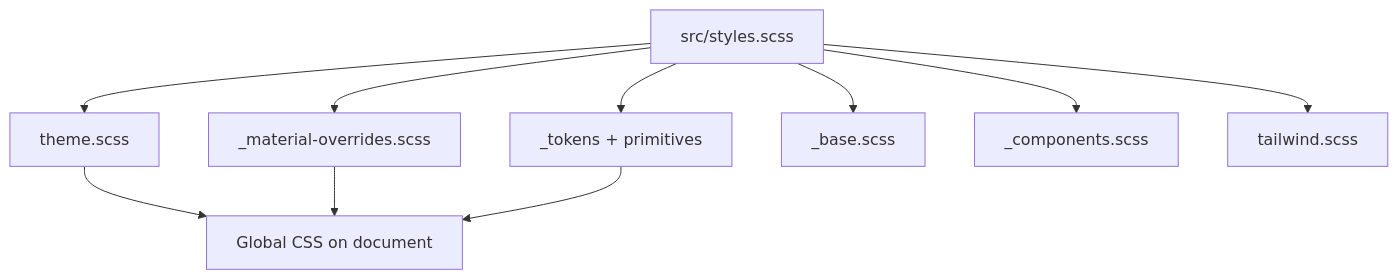
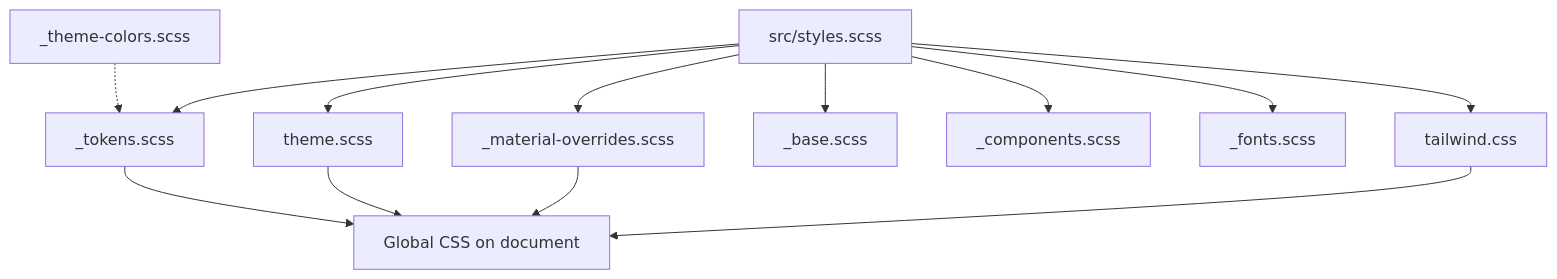
The diagram in frontend/docs/review/architecture/04-styles-and-material.md (gyenesmate/Learn2Trade), drawn with Mermaid before and after one commit. The commit also changed other lines of this file and 8 other files, not shown here.

````diff
--- a/frontend/docs/review/architecture/04-styles-and-material.md
+++ b/frontend/docs/review/architecture/04-styles-and-material.md
@@ -37,20 +39,25 @@
 ```mermaid
 flowchart TB
   SCSS[src/styles.scss]
-  T[_tokens + primitives]
+  TC[_theme-colors.scss]
+  T[_tokens.scss]
   TH[theme.scss]
   MO[_material-overrides.scss]
   B[_base.scss]
+  F[_fonts.scss]
   C[_components.scss]
-  TW[tailwind.scss]
+  TW[tailwind.css]
 
+  TC -.-> T
   SCSS --> T
   SCSS --> TH
   SCSS --> MO
   SCSS --> B
   SCSS --> C
+  SCSS --> F
   SCSS --> TW
   TH --> App[Global CSS on document]
   MO --> App
   T --> App
+  TW --> App
 ```
````
